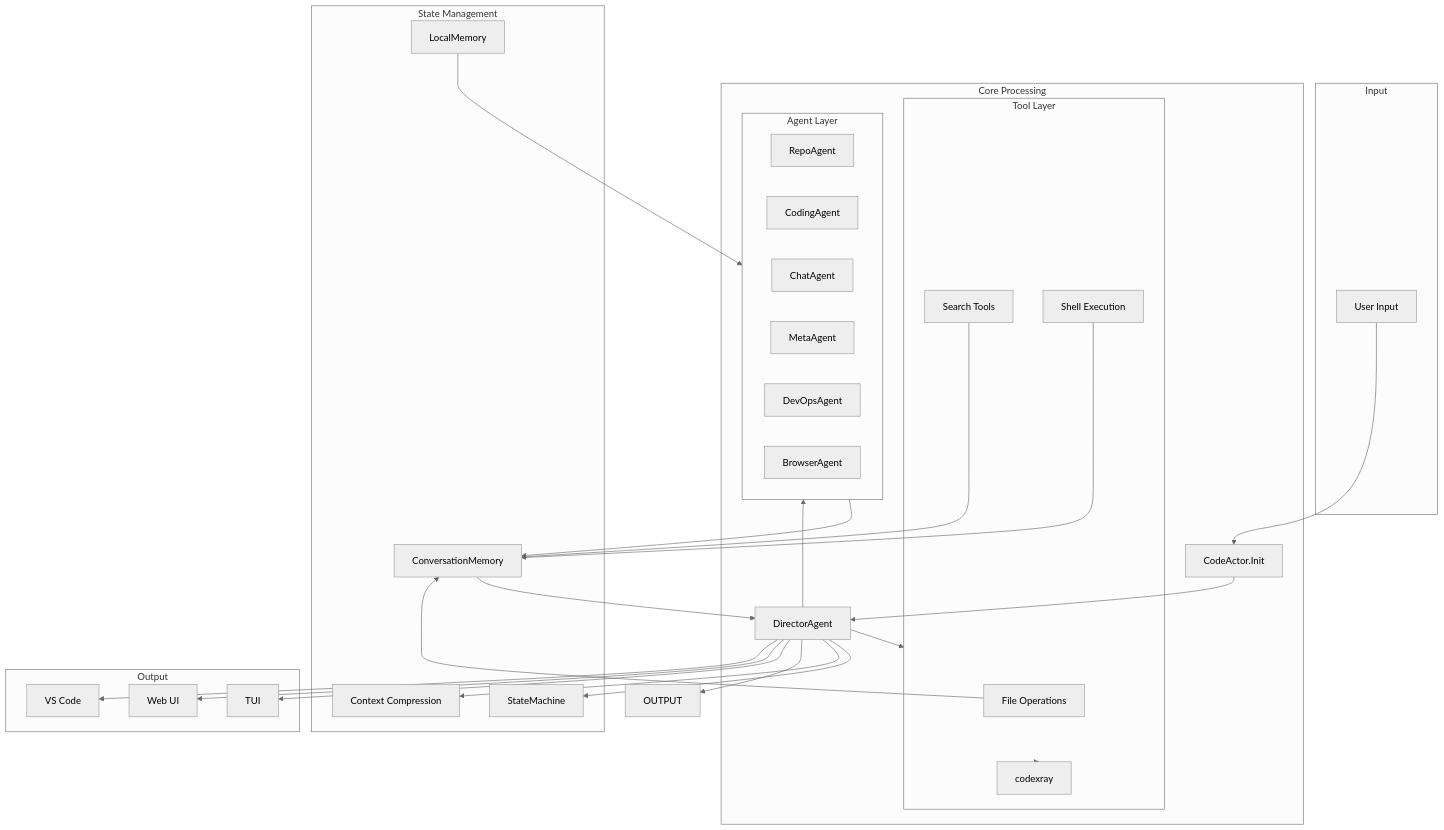
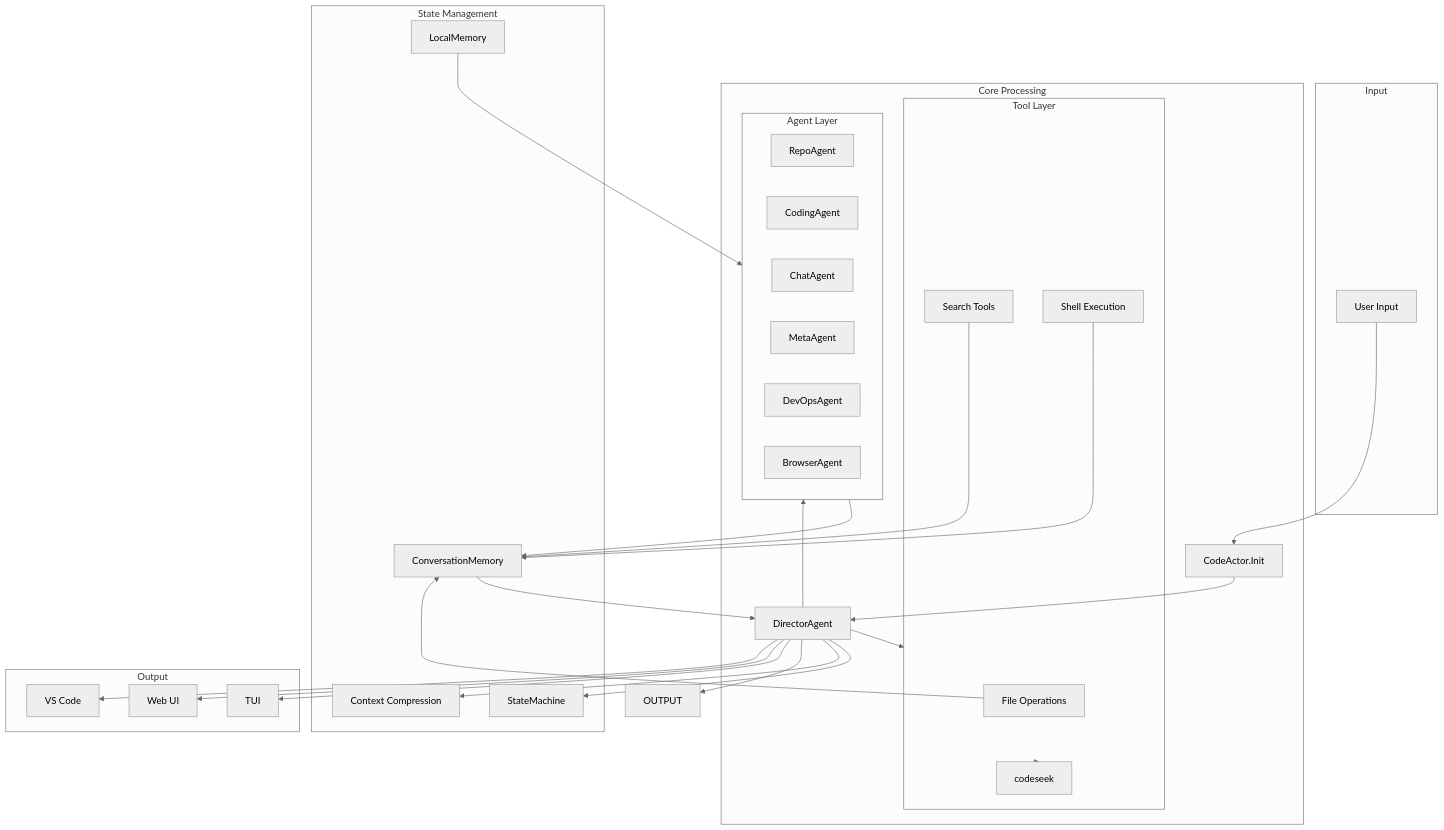
One commit to iohub/codeactor-agent changed the ninth of 10 diagrams in docs/ARCHITECTURE.en.md. Above: the diagram before and after it, drawn with Mermaid (neutral theme). The commit also changed other lines of this file and 15 other files, not shown here.

````diff
--- a/docs/ARCHITECTURE.en.md
+++ b/docs/ARCHITECTURE.en.md
@@ -1047,60 +1047,60 @@
 ```mermaid
 flowchart TB
     subgraph Input ["Input"]
         USER[User Input]
     end
 
     subgraph Core ["Core Processing"]
         APP[CodeActor.Init]
         COND[DirectorAgent]
         
         subgraph Agents ["Agent Layer"]
             REPO[RepoAgent]
             CODE[CodingAgent]
             CHAT[ChatAgent]
             META[MetaAgent]
             DEVOPS[DevOpsAgent]
             BR[BrowserAgent]
         end
         
         subgraph Tools ["Tool Layer"]
             FILEOPS[File Operations]
             SEARCH[Search Tools]
             BASH[Shell Execution]
-            CODEXRAY[codexray]
+            CODEXRAY[codeseek]
         end
     end
 
     subgraph State ["State Management"]
         MEM[ConversationMemory]
         LOCALM[LocalMemory]
         SM[StateMachine]
         COMPACT[Context Compression]
     end
 
     subgraph Output ["Output"]
         TUI[TUI]
         WEB[Web UI]
         VSIX[VS Code]
     end
 
     USER --> APP
     APP --> COND
     COND --> Agents
     COND --> Tools
     Agents --> MEM
     COND --> SM
     COND --> COMPACT
     COND --> OUTPUT
     MEM --> COND
     LOCALM --> Agents
     
     Tools --> CODEXRAY
     FILEOPS --> MEM
     SEARCH --> MEM
     BASH --> MEM
     
     COND --> TUI
     COND --> WEB
     COND --> VSIX
 ```
````
